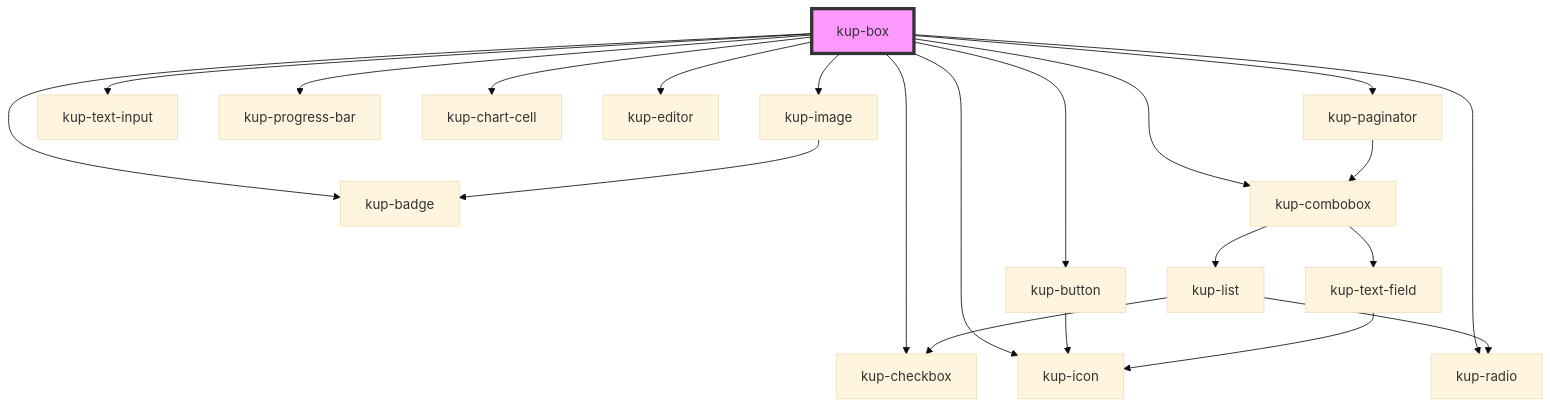
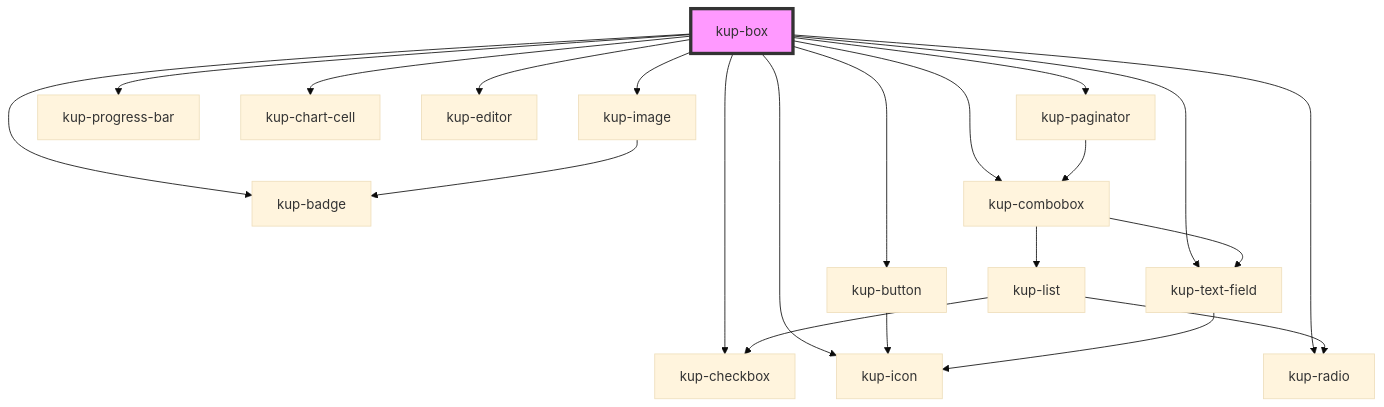
Before and after one commit to smeup/ketchup: the diagram in packages/ketchup/src/components/kup-box/readme.md, drawn with Mermaid (base theme). The commit also changed other lines of this file and 32 other files, not shown here.

Commit message:
Rendamed kup-fld to kup-field. Implented field showcase.

````diff
--- a/packages/ketchup/src/components/kup-box/readme.md
+++ b/packages/ketchup/src/components/kup-box/readme.md
@@ -97,24 +97,24 @@
 ```mermaid
 graph TD;
   kup-box --> kup-checkbox
   kup-box --> kup-badge
   kup-box --> kup-image
   kup-box --> kup-button
   kup-box --> kup-radio
-  kup-box --> kup-text-input
+  kup-box --> kup-text-field
   kup-box --> kup-progress-bar
   kup-box --> kup-chart-cell
   kup-box --> kup-icon
   kup-box --> kup-editor
   kup-box --> kup-combobox
   kup-box --> kup-paginator
   kup-image --> kup-badge
   kup-button --> kup-icon
+  kup-text-field --> kup-icon
   kup-combobox --> kup-text-field
   kup-combobox --> kup-list
-  kup-text-field --> kup-icon
   kup-list --> kup-radio
   kup-list --> kup-checkbox
   kup-paginator --> kup-combobox
   style kup-box fill:#f9f,stroke:#333,stroke-width:4px
 ```
````
